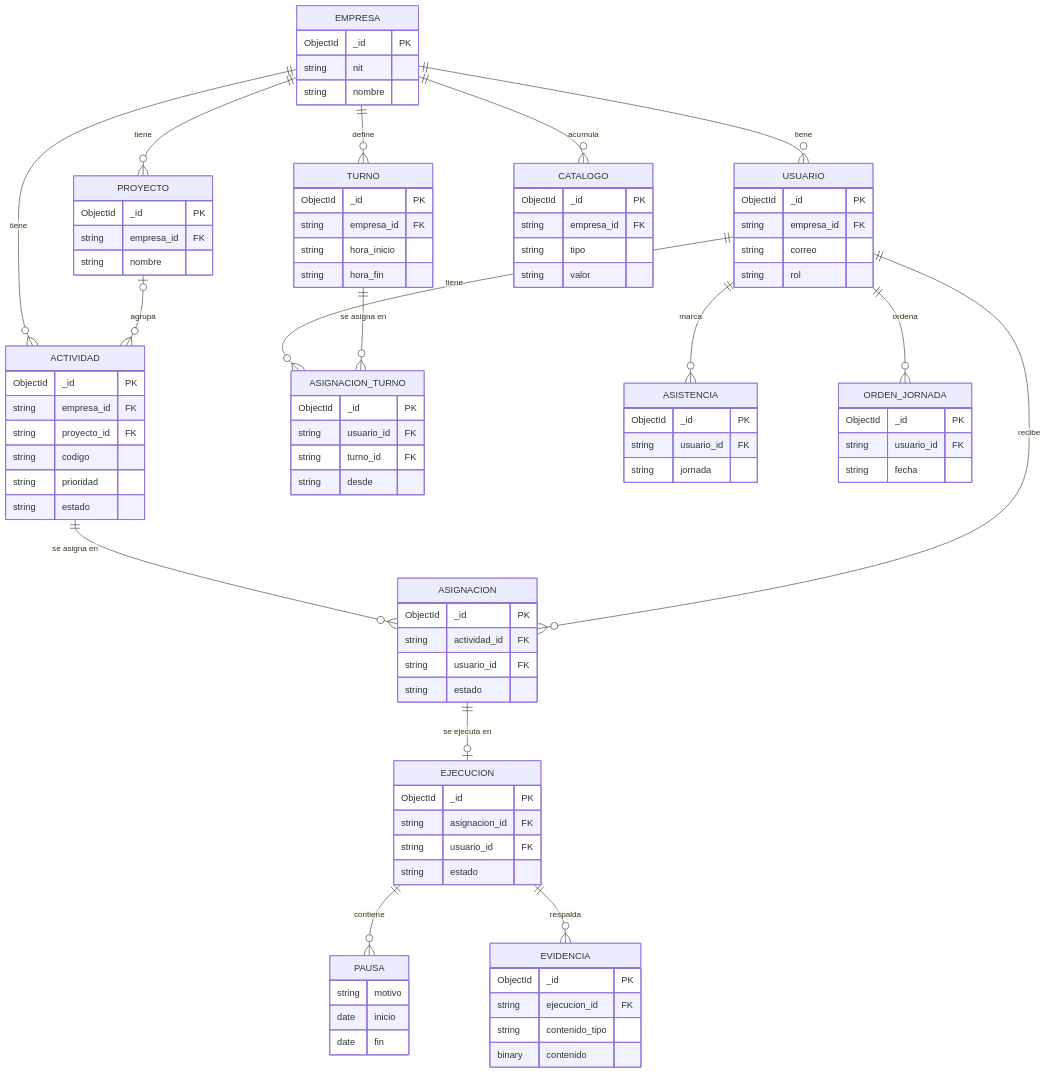
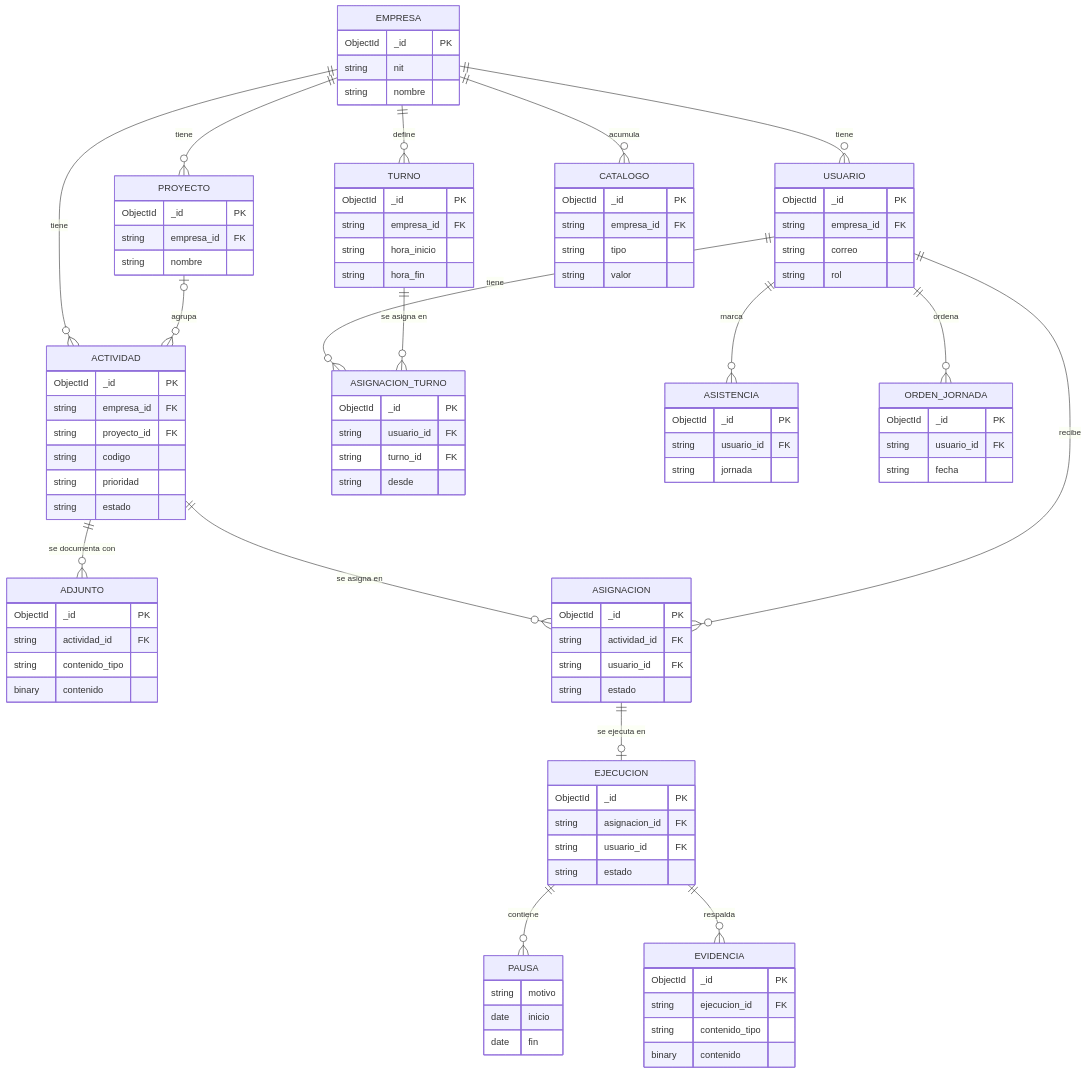
One commit to PedroGonzalez9612/TaskManager changed the first of 8 diagrams in docs/diseno_orientado_objetos/momento_2/avance_momento_2.md. Above: the diagram before and after it, drawn with Mermaid. The commit also changed other lines of this file and 9 other files, not shown here.

First line of the commit message:
Avance del Momento 2 de Diseño Orientado a Objetos: diagrama de clases y documento actualizado

```diff
--- a/docs/diseno_orientado_objetos/momento_2/avance_momento_2.md
+++ b/docs/diseno_orientado_objetos/momento_2/avance_momento_2.md
@@ -35,6 +35,7 @@
     EMPRESA ||--o{ TURNO : "define"
     EMPRESA ||--o{ CATALOGO : "acumula"
     PROYECTO |o--o{ ACTIVIDAD : "agrupa"
+    ACTIVIDAD ||--o{ ADJUNTO : "se documenta con"
     ACTIVIDAD ||--o{ ASIGNACION : "se asigna en"
     USUARIO ||--o{ ASIGNACION : "recibe"
     ASIGNACION ||--o| EJECUCION : "se ejecuta en"
@@ -87,6 +88,12 @@
         string contenido_tipo
         binary contenido
     }
+    ADJUNTO {
+        ObjectId _id PK
+        string actividad_id FK
+        string contenido_tipo
+        binary contenido
+    }
     PAUSA {
         string motivo
         date inicio
```
